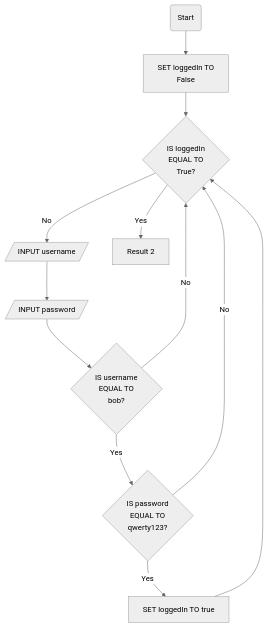
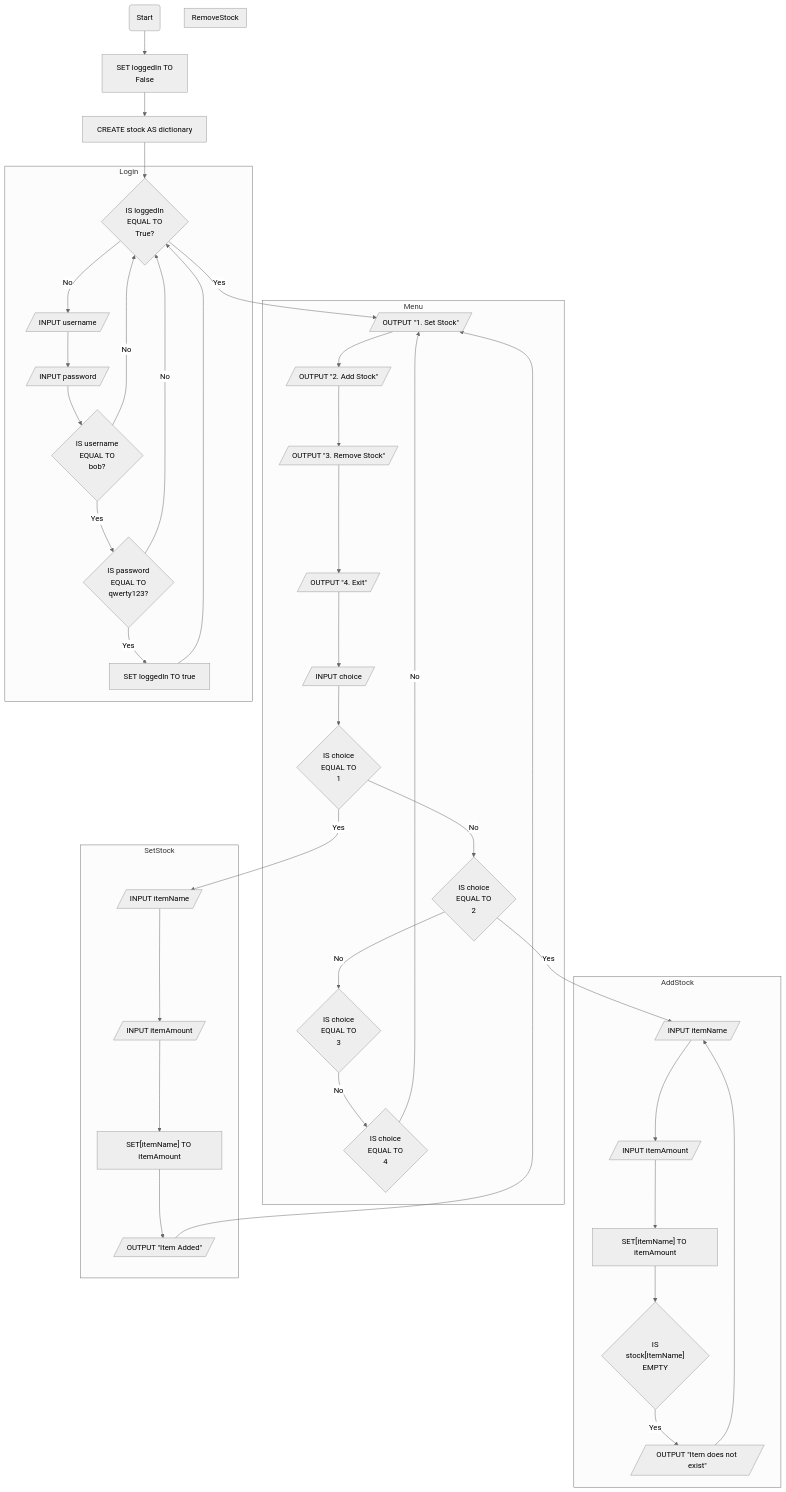
One commit to ajh123-collage/python changed the diagram in y2/stocks/stock.md. Above: the diagram before and after it, drawn with Mermaid (neutral theme). The commit also changed other lines of this file, not shown here.

Commit message:
More flowcharts

````diff
--- a/y2/stocks/stock.md
+++ b/y2/stocks/stock.md
@@ -23,20 +25,63 @@
 ```mermaid
 flowchart TD
 
 1(Start) --> 2["SET loggedIn TO
-False"]
-2--> 3{"IS loggedIn 
-EQUAL TO
-True?"}
-3 --> |No| 4[/INPUT username/]
-3 --> |Yes| 50000000[Result 2]
-4 --> 5[/INPUT password/] --> 6{"IS username
-EQUAL TO
-bob?"}
-6 --> |No| 3
-6 --> |Yes| 7{"IS password
-EQUAL TO
-qwerty123?"}
-7 --> |No| 3
-7 --> |Yes| 8["SET loggedIn TO true"] --> 3
+False"] --> 3["CREATE stock AS dictionary"] --> 4
+subgraph Login
+    4{"IS loggedIn 
+    EQUAL TO
+    True?"}
+    4 --> |No| 5[/INPUT username/]
+    5 --> 6[/INPUT password/] --> 7{"IS username
+    EQUAL TO
+    bob?"}
+    7 --> |No| 4
+    7 --> |Yes| 8{"IS password
+    EQUAL TO
+    qwerty123?"}
+    8 --> |No| 4
+    8 --> |Yes| 9["SET loggedIn TO true"] --> 4
+end
+
+subgraph Menu
+    4 --> |Yes| 10
+    10[/"OUTPUT #quot;1. Set Stock#quot;"/] --> 11[/"OUTPUT #quot;2. Add Stock#quot;"/] --> 12[/"OUTPUT #quot;3. Remove Stock#quot;"/] --> 13[/"OUTPUT #quot;4. Exit#quot;"/]
+    13 --> 14[/INPUT choice/] 
+    14 --> 15{"IS choice
+    EQUAL TO
+    1"}
+    15 --> |No| 16{"IS choice
+    EQUAL TO
+    2"}
+    16 --> |No| 17{"IS choice
+    EQUAL TO
+    3"}
+    17 --> |No| 18{"IS choice
+    EQUAL TO
+    4"}
+    18 --> |No| 10
+end
+
+subgraph SetStock
+    15 --> |Yes| 19
+    19[/"INPUT itemName"/] --> 20[/"INPUT itemAmount"/]
+    20 --> 21["SET[itemName] TO itemAmount"]
+    21 --> 22[/"OUTPUT #quot;Item Added#quot;"/]
+    22 --> 10
+end
+
+subgraph AddStock
+    16 --> |Yes| 23
+    23[/"INPUT itemName"/] --> 24[/"INPUT itemAmount"/]
+    24 --> 25["SET[itemName] TO itemAmount"]
+    25 --> 26{"IS
+    stock[ItemName]
+    EMPTY"}
+    26 --> |Yes| 27[/"OUTPUT #quot;Item does not exist#quot;"/]
+    27 --> 23
+end
+
+subgraph RemoveStock
+
+end
 ```
````
